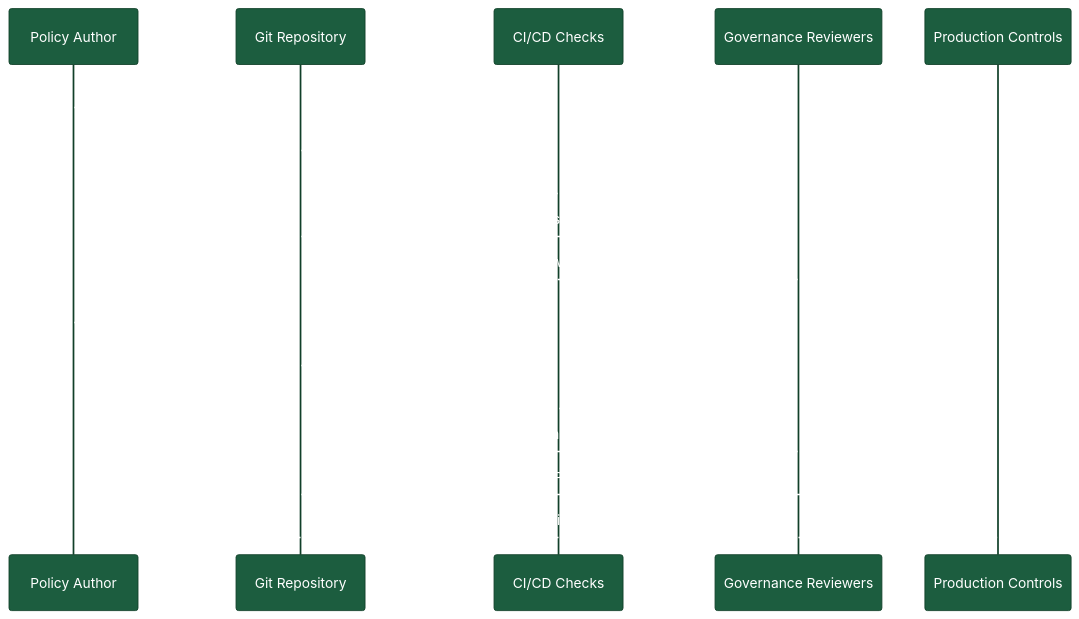
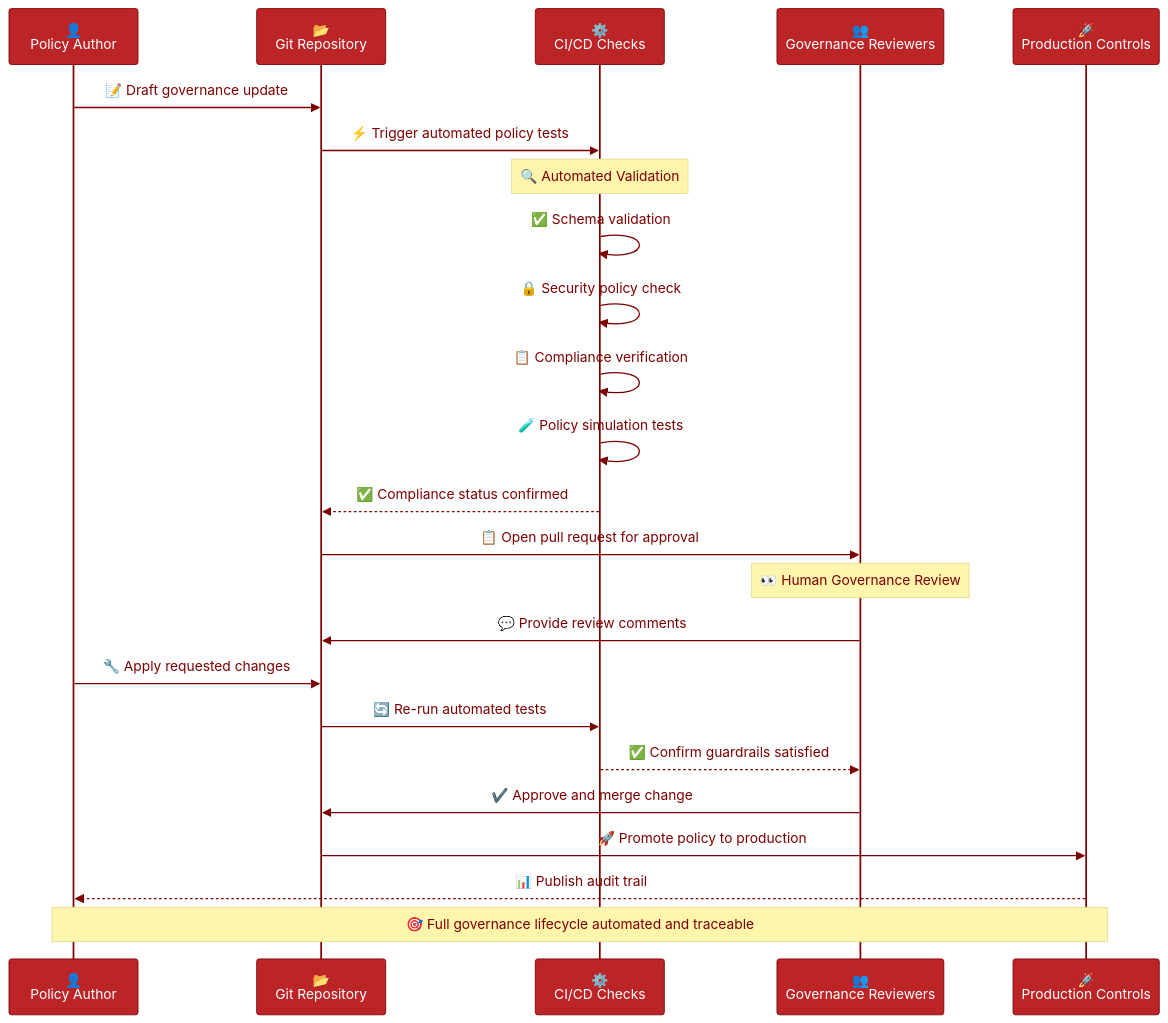
One commit to Geonitab/architecture_as_code changed the diagram in docs/images/diagram_29_governance_pipeline.mmd. Above: the diagram before and after it, drawn with Mermaid. The commit also changed 48 other files, not shown here.

Commit message:
Complete Chapter 11 fixes: enhance diagram and convert to prose

```diff
--- a/docs/images/diagram_29_governance_pipeline.mmd
+++ b/docs/images/diagram_29_governance_pipeline.mmd
@@ -1,30 +1,42 @@
 ---
 config:
   theme: 'base'
   themeVariables:
-    primaryColor: '#1c5d3f'
-    primaryTextColor: '#ffffff'
-    primaryBorderColor: '#114029'
-    lineColor: '#6ab187'
-    secondaryColor: '#f0c419'
-    tertiaryColor: '#ffffff'
+    primaryColor: '#BB2528'
+    primaryTextColor: '#fff'
+    primaryBorderColor: '#7C0000'
+    lineColor: '#F8B229'
+    secondaryColor: '#006100'
+    tertiaryColor: '#fff'
 ---
-%% Governance as Code approval flow across stakeholders
+%%{init: {"theme": "base", "themeVariables": {"primaryColor": "#BB2528", "primaryTextColor": "#ffffff", "primaryBorderColor": "#7C0000", "lineColor": "#F8B229", "fontFamily": "Inter", "fontSize": "14px", "actorBkg": "#BB2528", "actorBorder": "#7C0000", "actorTextColor": "#ffffff", "signalColor": "#7C0000", "signalTextColor": "#7C0000", "noteTextColor": "#7C0000", "activationBorderColor": "#BB2528", "activationBkgColor": "#006100"}}}%%
 sequenceDiagram
-    participant Author as Policy Author
-    participant Repo as Git Repository
-    participant CI as CI/CD Checks
-    participant Review as Governance Reviewers
-    participant Deploy as Production Controls
+    participant Author as 👤<br/>Policy Author
+    participant Repo as 📂<br/>Git Repository
+    participant CI as ⚙️<br/>CI/CD Checks
+    participant Review as 👥<br/>Governance Reviewers
+    participant Deploy as 🚀<br/>Production Controls
 
-    Author->>Repo: Draft governance update
-    Repo->>CI: Trigger automated policy tests
-    CI-->>Repo: Report compliance status
-    Repo->>Review: Open pull request for approval
-    Review-->>Repo: Provide review comments
-    Author->>Repo: Apply requested changes
-    Repo->>CI: Re-run automated tests
-    CI-->>Review: Confirm guardrails satisfied
-    Review->>Repo: Approve and merge change
-    Repo->>Deploy: Promote policy to production
-    Deploy-->>Author: Publish audit trail
+    Author->>Repo: 📝 Draft governance update
+    Repo->>CI: ⚡ Trigger automated policy tests
+    
+    Note over CI: 🔍 Automated Validation
+    CI->>CI: ✅ Schema validation
+    CI->>CI: 🔒 Security policy check
+    CI->>CI: 📋 Compliance verification
+    CI->>CI: 🧪 Policy simulation tests
+    
+    CI-->>Repo: ✅ Compliance status confirmed
+    Repo->>Review: 📋 Open pull request for approval
+    
+    Note over Review: 👀 Human Governance Review
+    Review->>Repo: 💬 Provide review comments
+    Author->>Repo: 🔧 Apply requested changes
+    Repo->>CI: 🔄 Re-run automated tests
+    CI-->>Review: ✅ Confirm guardrails satisfied
+    
+    Review->>Repo: ✔️ Approve and merge change
+    Repo->>Deploy: 🚀 Promote policy to production
+    Deploy-->>Author: 📊 Publish audit trail
+    
+    Note over Author,Deploy: 🎯 Full governance lifecycle automated and traceable
```
